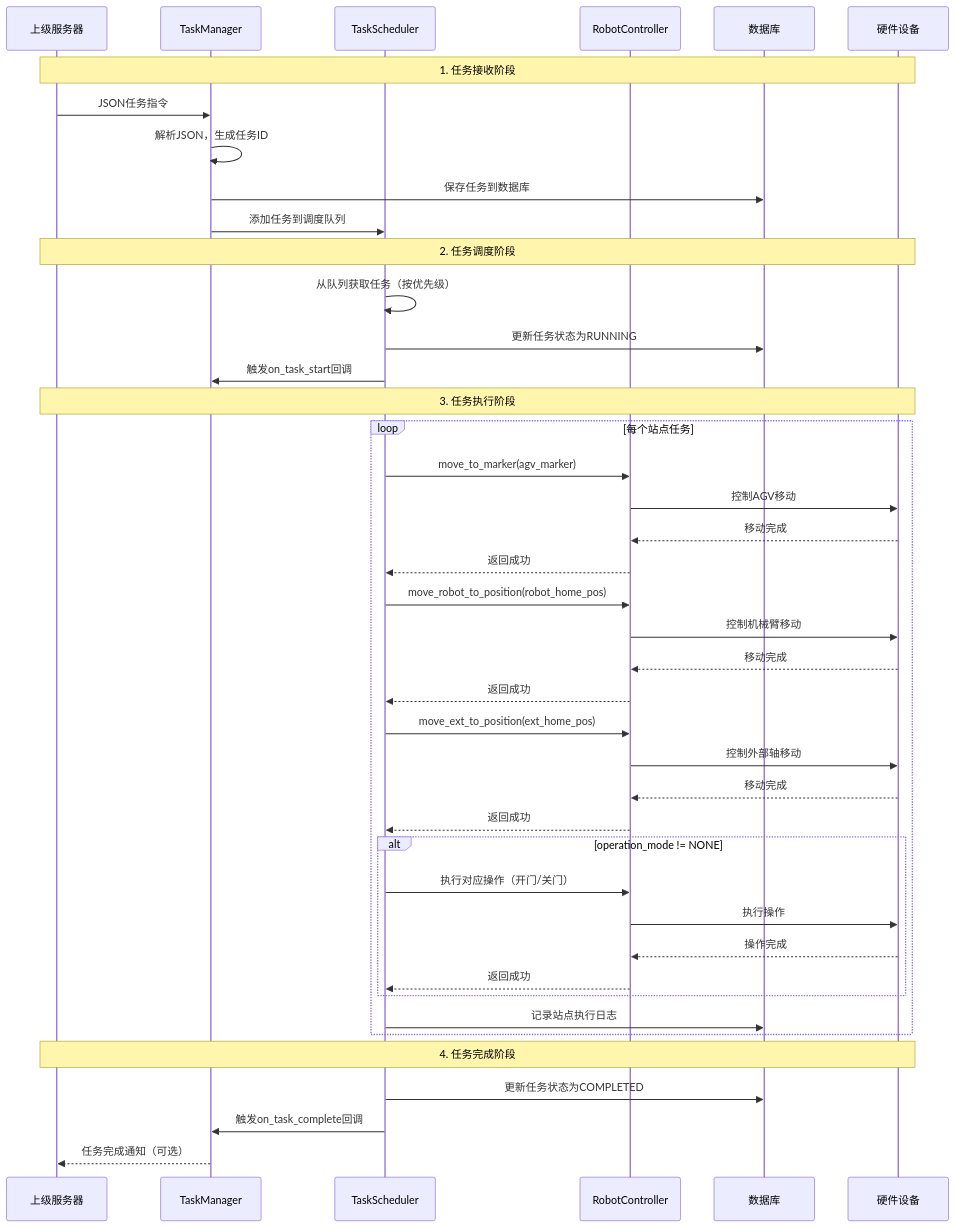
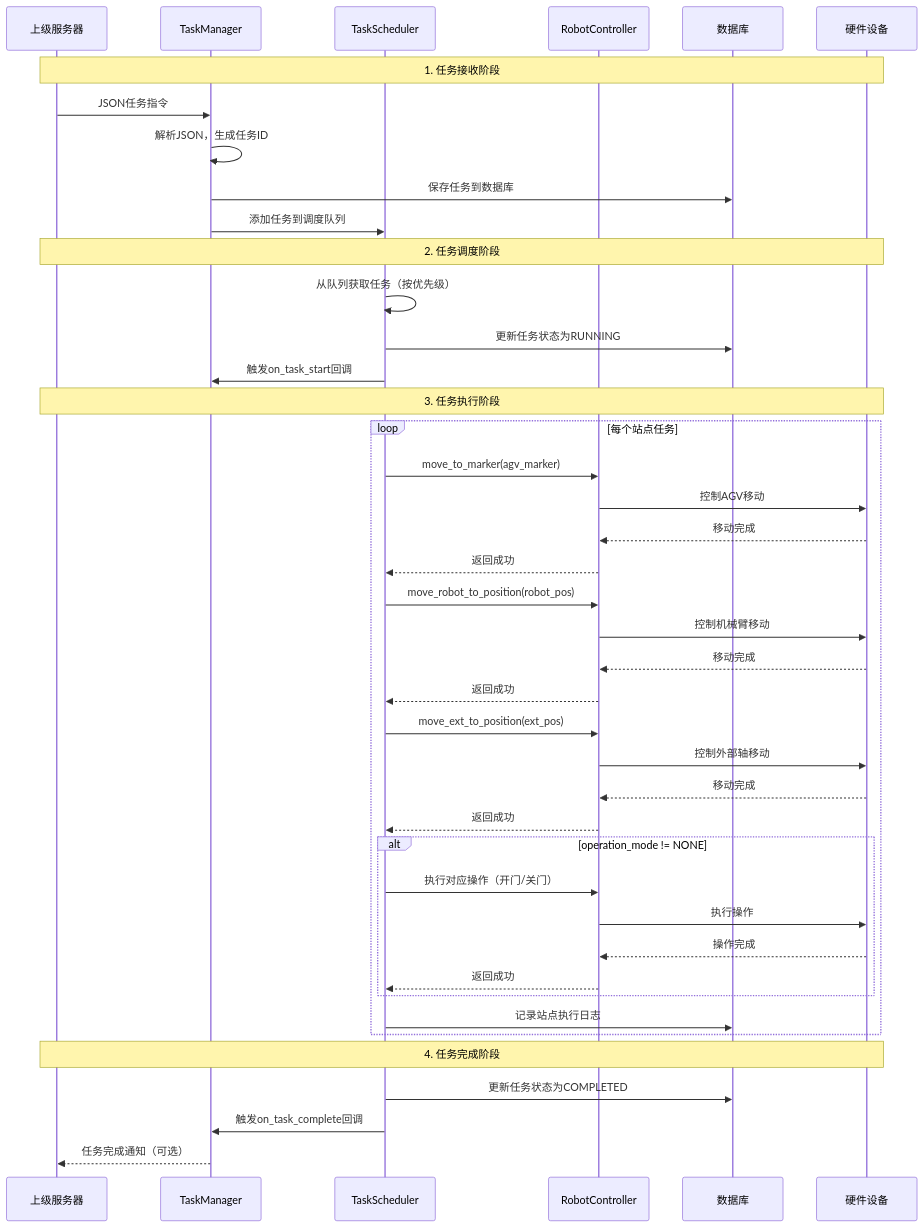
Before and after one commit to migra1315/Lumi: the fifth of 5 diagrams in docs/README.md, drawn with Mermaid. The commit also changed other lines of this file and 7 other files, not shown here.

````diff
--- a/docs/README.md
+++ b/docs/README.md
@@ -305,52 +305,52 @@
 ```mermaid
 sequenceDiagram
     participant Server as 上级服务器
     participant TM as TaskManager
     participant TS as TaskScheduler
     participant RC as RobotController
     participant DB as 数据库
     participant HW as 硬件设备
     
     Note over Server, HW: 1. 任务接收阶段
     Server->>TM: JSON任务指令
     TM->>TM: 解析JSON，生成任务ID
     TM->>DB: 保存任务到数据库
     TM->>TS: 添加任务到调度队列
     
     Note over Server, HW: 2. 任务调度阶段
     TS->>TS: 从队列获取任务（按优先级）
     TS->>DB: 更新任务状态为RUNNING
     TS->>TM: 触发on_task_start回调
     
     Note over Server, HW: 3. 任务执行阶段
     loop 每个站点任务
         TS->>RC: move_to_marker(agv_marker)
         RC->>HW: 控制AGV移动
         HW-->>RC: 移动完成
         RC-->>TS: 返回成功
         
-        TS->>RC: move_robot_to_position(robot_home_pos)
+        TS->>RC: move_robot_to_position(robot_pos)
         RC->>HW: 控制机械臂移动
         HW-->>RC: 移动完成
         RC-->>TS: 返回成功
         
-        TS->>RC: move_ext_to_position(ext_home_pos)
+        TS->>RC: move_ext_to_position(ext_pos)
         RC->>HW: 控制外部轴移动
         HW-->>RC: 移动完成
         RC-->>TS: 返回成功
         
         alt operation_mode != NONE
             TS->>RC: 执行对应操作（开门/关门）
             RC->>HW: 执行操作
             HW-->>RC: 操作完成
             RC-->>TS: 返回成功
         end
         
         TS->>DB: 记录站点执行日志
     end
     
     Note over Server, HW: 4. 任务完成阶段
     TS->>DB: 更新任务状态为COMPLETED
     TS->>TM: 触发on_task_complete回调
     TM-->>Server: 任务完成通知（可选）
 ```
````
